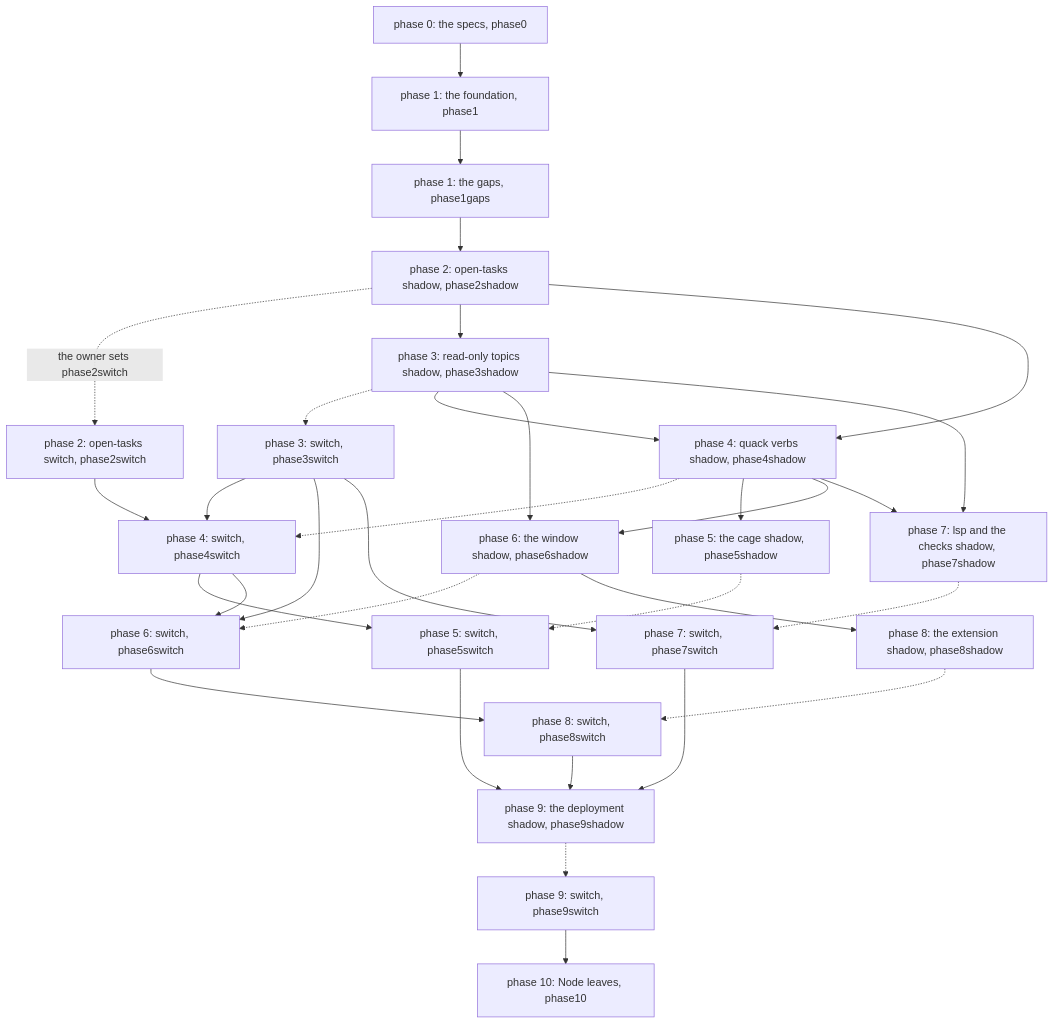
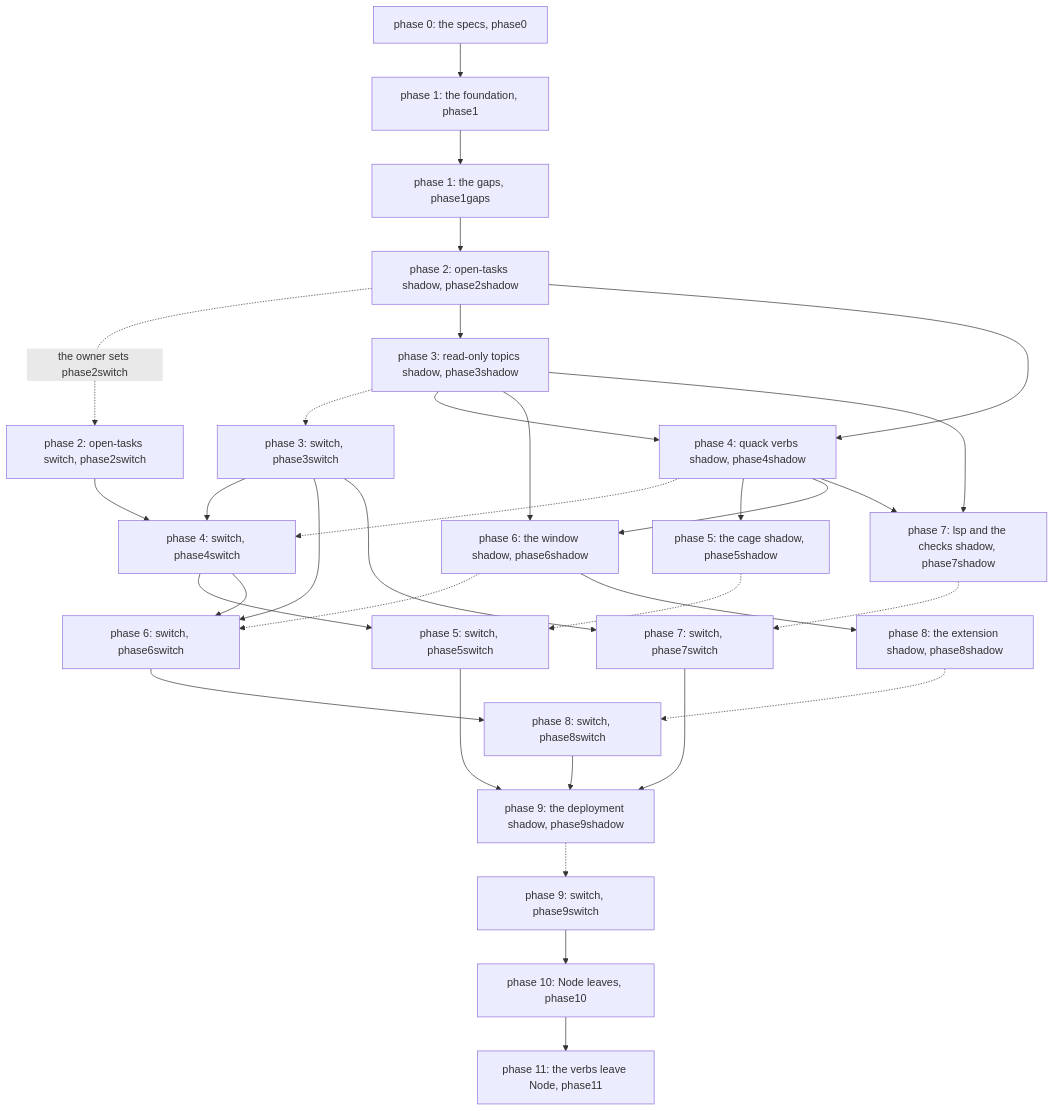
One commit to mb-89/quackitect changed the diagram in spec/design_input/the-migration-runs-in-slices.md. Above: the diagram before and after it, drawn with Mermaid. The commit also changed other lines of this file and 6 other files, not shown here.

First line of the commit message:
the-verbs-port-takes-a-phase: phase 11, the verbs leave Node, opens with its groups

````diff
--- a/spec/design_input/the-migration-runs-in-slices.md
+++ b/spec/design_input/the-migration-runs-in-slices.md
@@ -80,34 +82,35 @@
 ```mermaid
 flowchart TD
   p0["phase 0: the specs, phase0"] --> p1["phase 1: the foundation, phase1"]
   p1 --> p1g["phase 1: the gaps, phase1gaps"]
   p1g --> p2s["phase 2: open-tasks shadow, phase2shadow"]
   p2s -. "the owner sets phase2switch" .-> p2w["phase 2: open-tasks switch, phase2switch"]
   p2s --> p3s["phase 3: read-only topics shadow, phase3shadow"]
   p3s -.-> p3w["phase 3: switch, phase3switch"]
   p2s --> p4s["phase 4: quack verbs shadow, phase4shadow"]
   p3s --> p4s
   p4s -.-> p4w["phase 4: switch, phase4switch"]
   p2w --> p4w
   p3w --> p4w
   p4s --> p5s["phase 5: the cage shadow, phase5shadow"]
   p5s -.-> p5w["phase 5: switch, phase5switch"]
   p4w --> p5w
   p3s --> p6s["phase 6: the window shadow, phase6shadow"]
   p4s --> p6s
   p6s -.-> p6w["phase 6: switch, phase6switch"]
   p3w --> p6w
   p4w --> p6w
   p3s --> p7s["phase 7: lsp and the checks shadow, phase7shadow"]
   p4s --> p7s
   p7s -.-> p7w["phase 7: switch, phase7switch"]
   p3w --> p7w
   p6s --> p8s["phase 8: the extension shadow, phase8shadow"]
   p8s -.-> p8w["phase 8: switch, phase8switch"]
   p6w --> p8w
   p5w --> p9s["phase 9: the deployment shadow, phase9shadow"]
   p7w --> p9s
   p8w --> p9s
   p9s -.-> p9w["phase 9: switch, phase9switch"]
   p9w --> p10["phase 10: Node leaves, phase10"]
+  p10 --> p11["phase 11: the verbs leave Node, phase11"]
 ```
````
